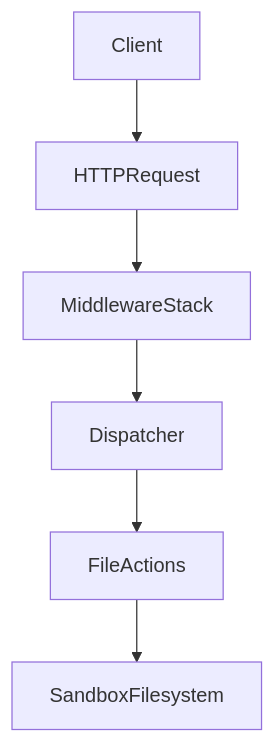
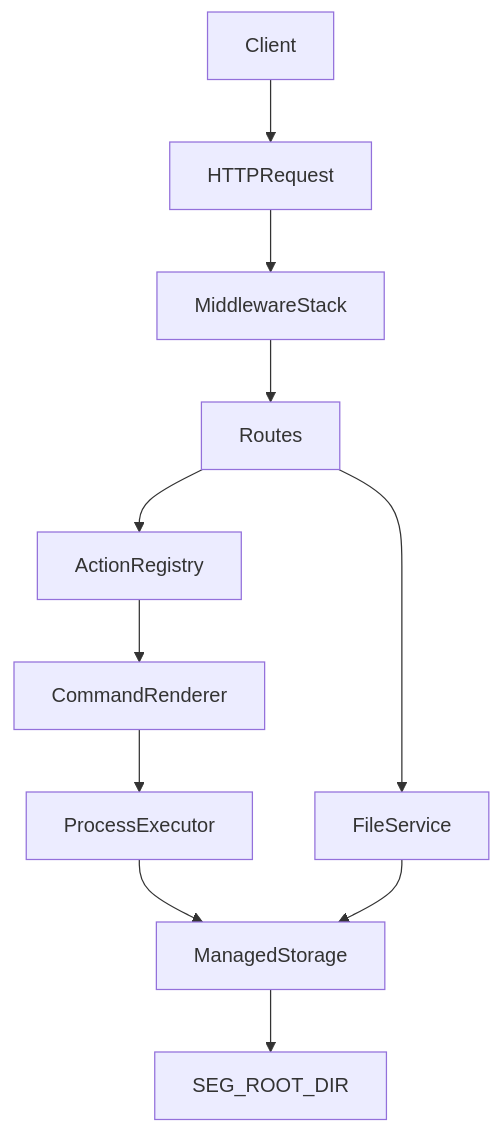
The second of 2 diagrams in docs/THREAT_MODEL.md (Libertocrat/seg), drawn with Mermaid before and after one commit. The commit also changed other lines of this file and 9 other files, not shown here.

First line of the commit message:
docs(seg): align docs with DSL YAML action model

````diff
--- a/docs/THREAT_MODEL.md
+++ b/docs/THREAT_MODEL.md
@@ -245,8 +251,13 @@
 ```mermaid
 flowchart TD
 Client --> HTTPRequest
 HTTPRequest --> MiddlewareStack
-MiddlewareStack --> Dispatcher
-Dispatcher --> FileActions
-FileActions --> SandboxFilesystem
+MiddlewareStack --> Routes
+Routes --> ActionRegistry
+ActionRegistry --> CommandRenderer
+CommandRenderer --> ProcessExecutor
+Routes --> FileService
+ProcessExecutor --> ManagedStorage
+FileService --> ManagedStorage
+ManagedStorage --> SEGRootDir[SEG_ROOT_DIR]
 ```
````
